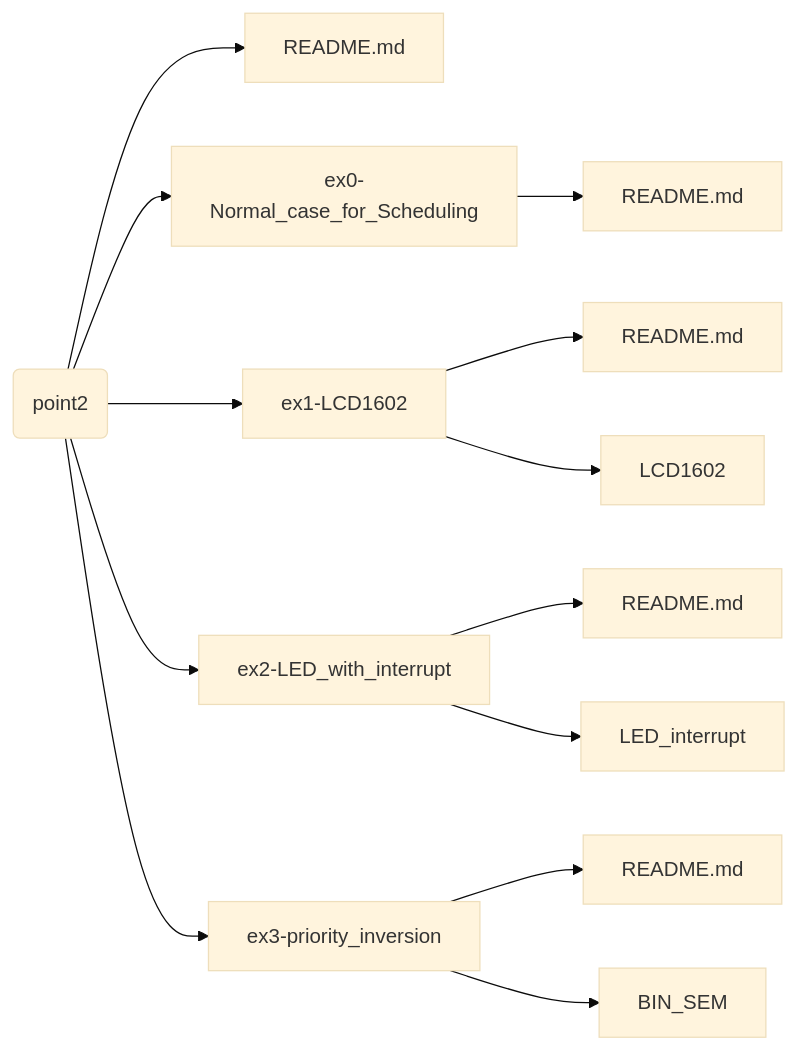
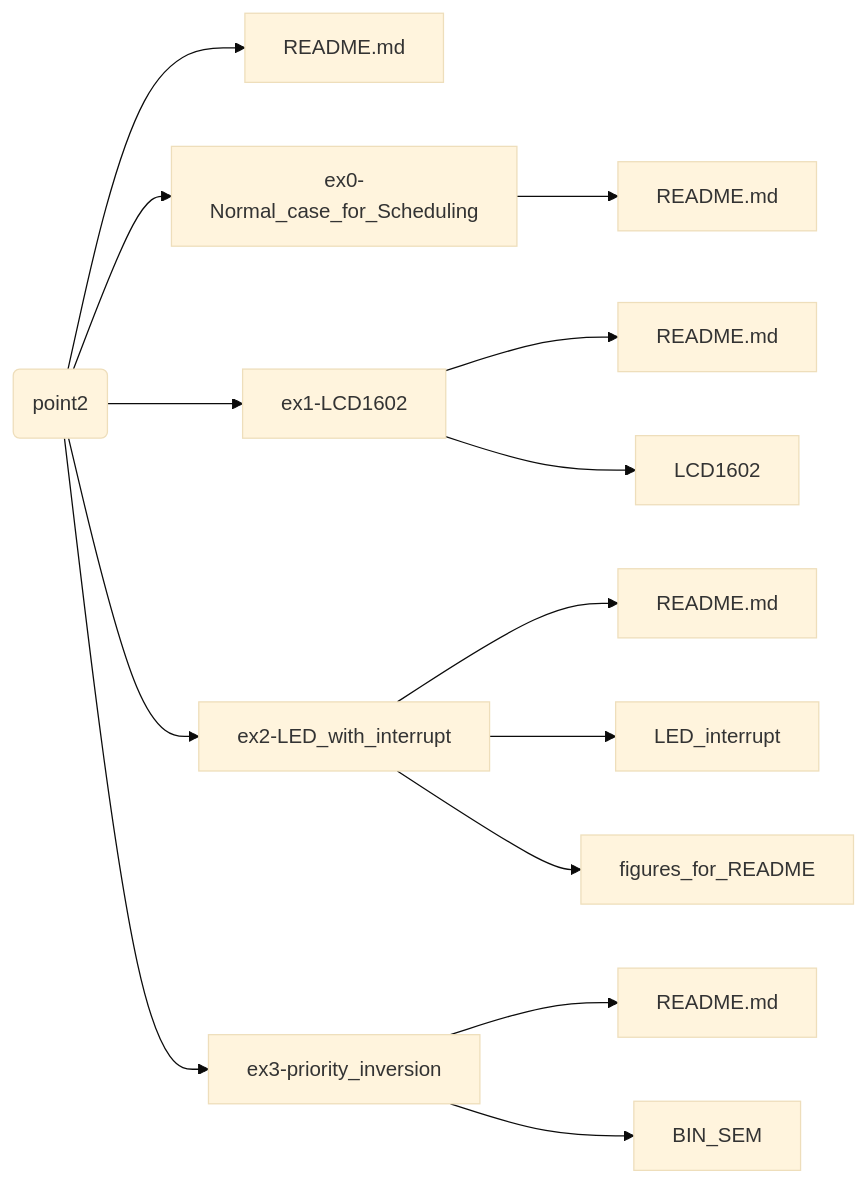
One commit to smokyisthatyou/STM32Nucleo64 changed the diagram in README.md. Above: the diagram before and after it, drawn with Mermaid. The commit also changed other lines of this file, not shown here.

Commit message:
Update graph for ex2-LED_with_interrupt

````diff
--- a/README.md
+++ b/README.md
@@ -11,32 +11,34 @@
 ```mermaid
 %%{init: {'theme':'base'}}%%
 graph LR;
 p(point2)
 A[README.md];
 B[README.md];
 C[README.md];
 D[README.md];
 E[README.md];
 p-->A;
-p-->ex0-Normal_case_for_Scheduling
+p-->ex0-Normal_case_for_Scheduling;
 p-->ex1-LCD1602;
 p-->ex2-LED_with_interrupt;
 p-->ex3-priority_inversion;
 ex0-Normal_case_for_Scheduling-->E;
 ex2-LED_with_interrupt-->B;
 ex2-LED_with_interrupt-->LED_interrupt;
+ex2-LED_with_interrupt-->figures_for_README;
 ex1-LCD1602-->D;
 ex1-LCD1602-->LCD1602
 ex3-priority_inversion --> C;
 ex3-priority_inversion --> BIN_SEM;
 
 click p href "https://baltig.polito.it/caos2023/group2/-/tree/point2" "Link to point2";
 click README.md href "https://baltig.polito.it/caos2023/group2/-/tree/point2/README.md" "Link to point2.md";
 click ex1-LCD1602 href "https://baltig.polito.it/caos2023/group2/-/tree/point2/ex1-LCD1602" "Link to ex1-LCD1602";
 click ex2-LED_with_interrupt href "https://baltig.polito.it/caos2023/group2/-/tree/point2/ex2-LED_with_interrupt" "Link to ex2-LED_with_interrupt";
 click README.md href "https://baltig.polito.it/caos2023/group2/-/tree/point2/ex2-LED_with_interrupt/README.md" "Link to README.md";
+click figures_for_README href "https://baltig.polito.it/caos2023/group2/-/tree/point2/ex2-LED_with_interrupt/figures_for_README" "Link to figures_for_README";
 click LED_interrupt href "https://baltig.polito.it/caos2023/group2/-/tree/point2/ex2-LED_with_interrupt/LED_interrupt" "Link to LED_interrupt";
 click ex3-priority_inversion href "https://baltig.polito.it/caos2023/group2/-/tree/point1/tutorial_pictures" "Link to ex3-priority_inversion";
 click README.md href "https://baltig.polito.it/caos2023/group2/-/tree/point2/ex3-priority_inversion/README.md" "Link to README.md";
 click BIN_SEM href "https://baltig.polito.it/caos2023/group2/-/tree/point2/ex3-priority_inversion/BIN_SEM" "Link to BIN_SEM";
 ```
````
